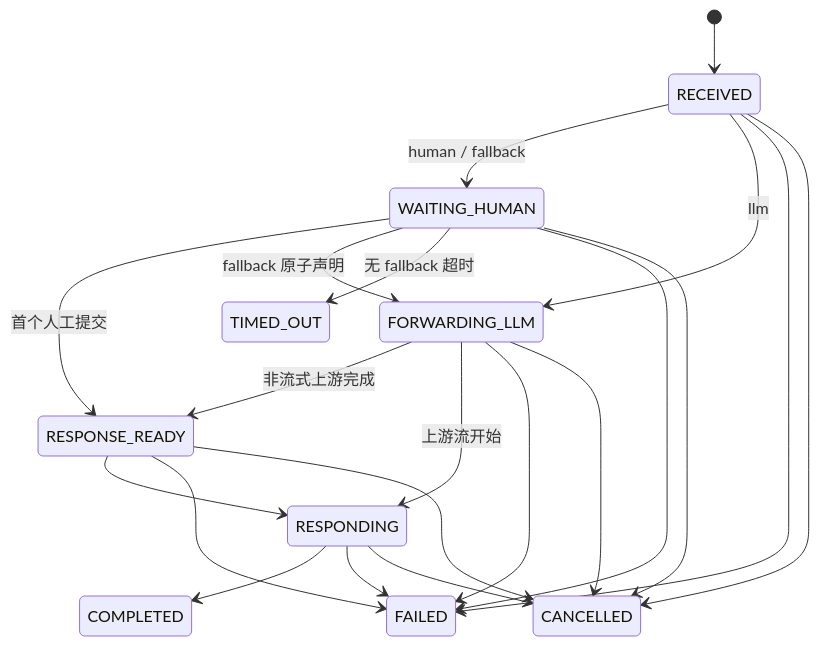
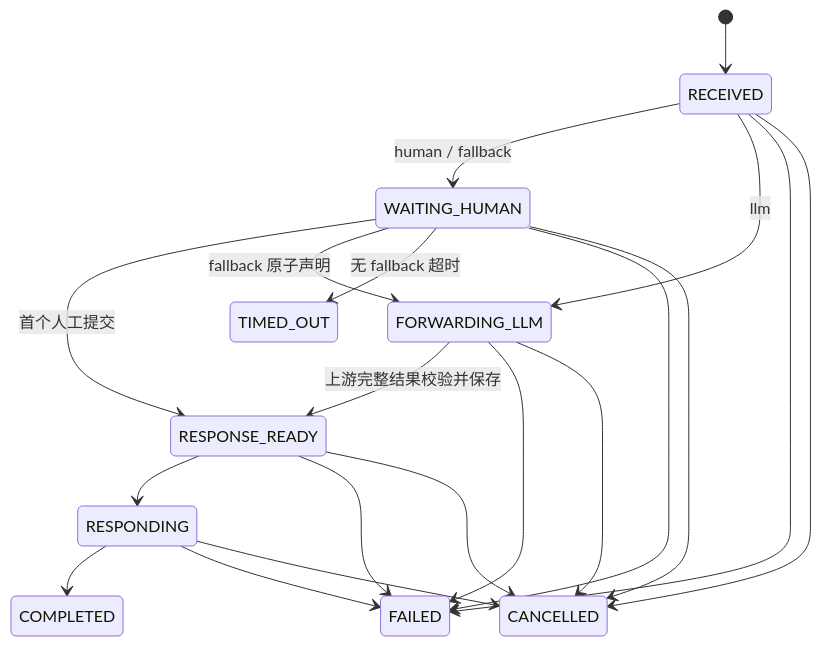
The ninth of 10 diagrams in docs/ARCHITECTURE.md (GuSheng107/human-llm-gateway), drawn with Mermaid before and after one commit. The commit also changed other lines of this file and 14 other files, not shown here.

````diff
--- a/docs/ARCHITECTURE.md
+++ b/docs/ARCHITECTURE.md
@@ -288,23 +289,22 @@
 ```mermaid
 stateDiagram-v2
     [*] --> RECEIVED
     RECEIVED --> WAITING_HUMAN: human / fallback
     RECEIVED --> FORWARDING_LLM: llm
     WAITING_HUMAN --> RESPONSE_READY: 首个人工提交
     WAITING_HUMAN --> FORWARDING_LLM: fallback 原子声明
     WAITING_HUMAN --> TIMED_OUT: 无 fallback 超时
-    FORWARDING_LLM --> RESPONSE_READY: 非流式上游完成
-    FORWARDING_LLM --> RESPONDING: 上游流开始
+    FORWARDING_LLM --> RESPONSE_READY: 上游完整结果校验并保存
     RESPONSE_READY --> RESPONDING
     RESPONDING --> COMPLETED
     RECEIVED --> FAILED
     WAITING_HUMAN --> FAILED
     FORWARDING_LLM --> FAILED
     RESPONSE_READY --> FAILED
     RESPONDING --> FAILED
     RECEIVED --> CANCELLED
     WAITING_HUMAN --> CANCELLED
     FORWARDING_LLM --> CANCELLED
     RESPONSE_READY --> CANCELLED
     RESPONDING --> CANCELLED
 ```
````
